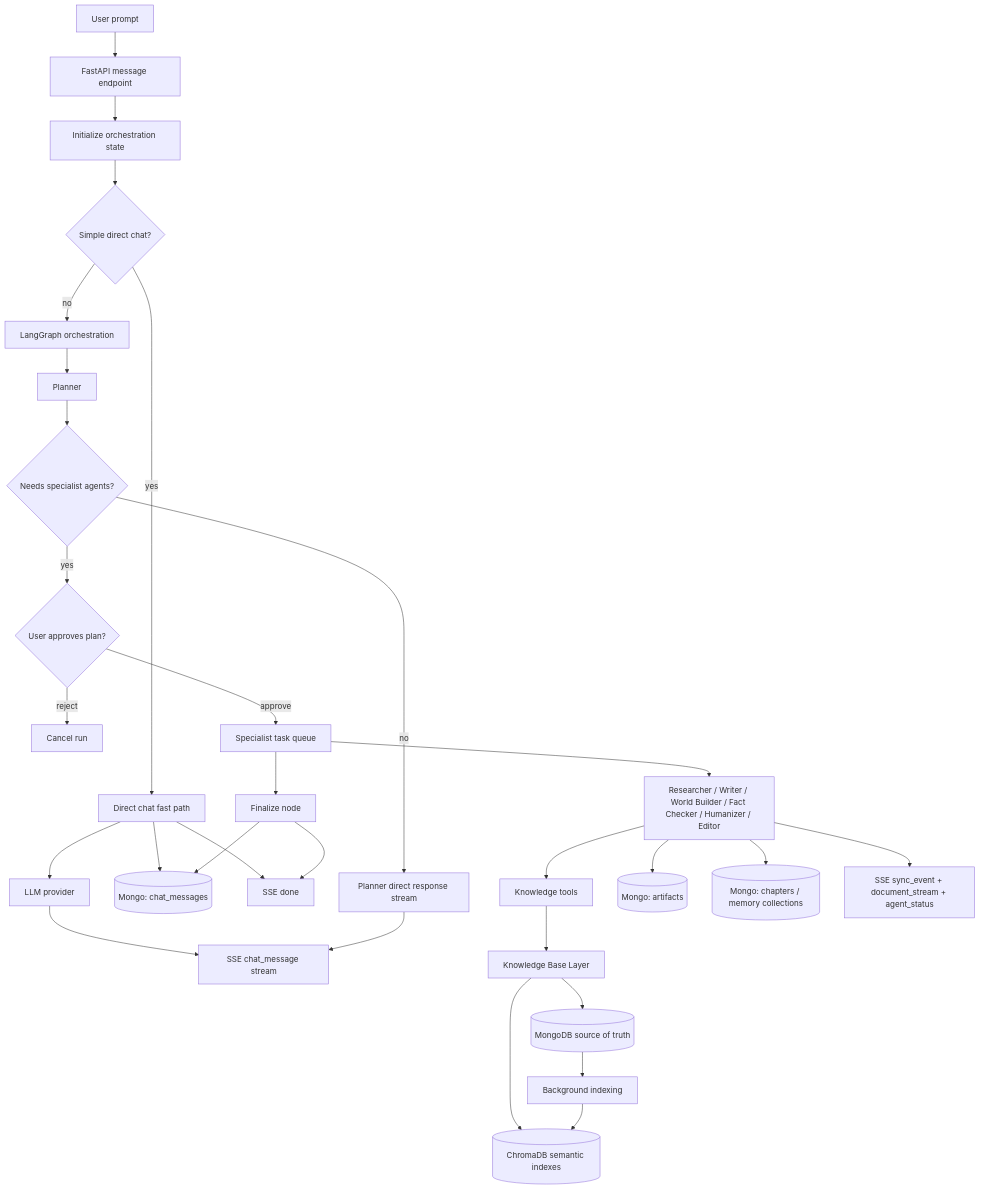
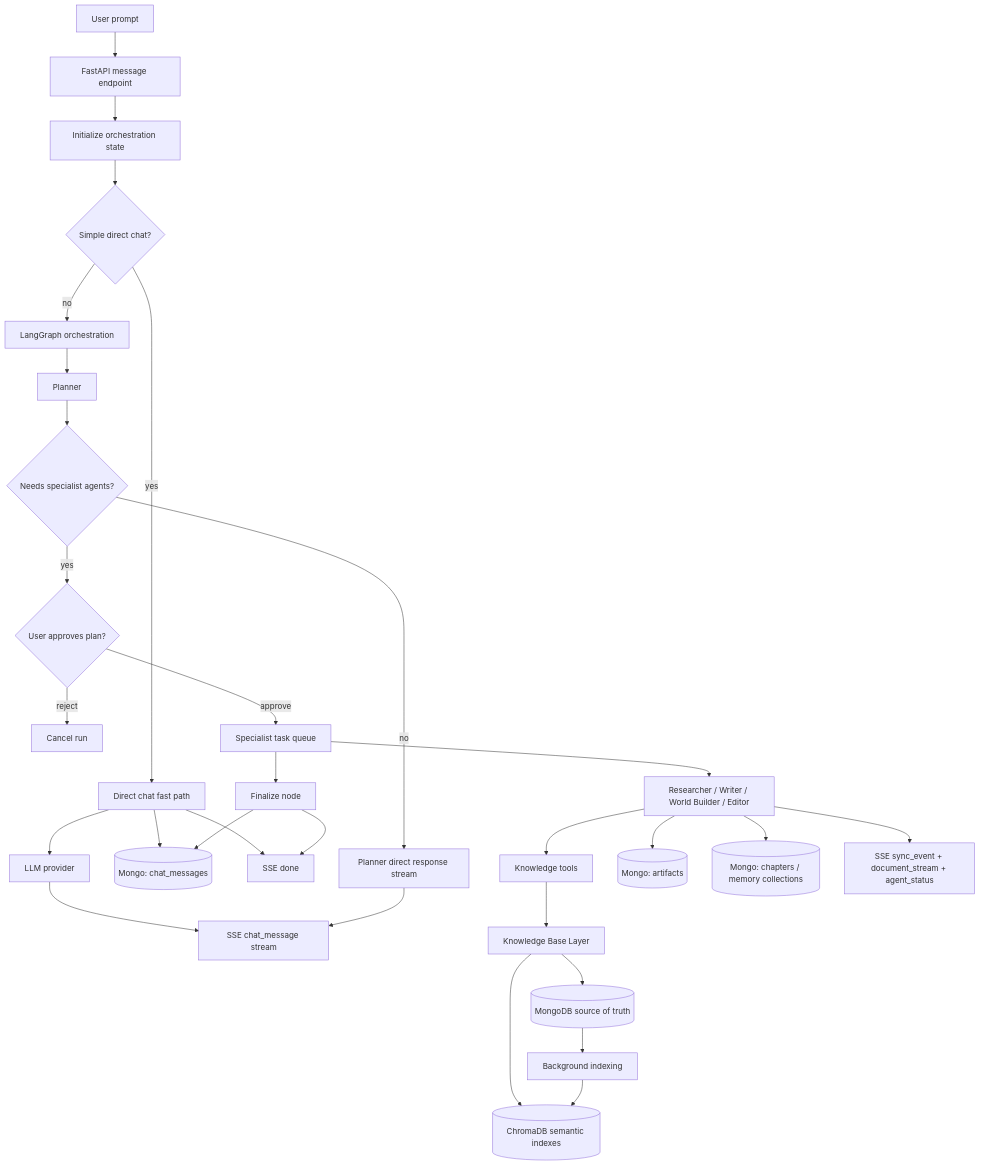
Before and after one commit to vermaashish20/bookish: the first of 4 diagrams in AGENT.md, drawn with Mermaid. The commit also changed other lines of this file and 51 other files, not shown here.

````diff
--- a/AGENT.md
+++ b/AGENT.md
@@ -40,38 +40,38 @@
 ```mermaid
 flowchart TD
   U[User prompt] --> API[FastAPI message endpoint]
   API --> STATE[Initialize orchestration state]
   STATE --> ROUTE{Simple direct chat?}
 
   ROUTE -->|yes| DIRECT[Direct chat fast path]
   DIRECT --> LLM[LLM provider]
   LLM --> SSECHAT[SSE chat_message stream]
   DIRECT --> CM[(Mongo: chat_messages)]
   DIRECT --> DONE[SSE done]
 
   ROUTE -->|no| GRAPH[LangGraph orchestration]
   GRAPH --> PLANNER[Planner]
   PLANNER --> PLAN{Needs specialist agents?}
 
   PLAN -->|no| DIRECT2[Planner direct response stream]
   DIRECT2 --> SSECHAT
 
   PLAN -->|yes| HITL_PLAN{User approves plan?}
   HITL_PLAN -->|reject| CANCEL[Cancel run]
   HITL_PLAN -->|approve| TASKS[Specialist task queue]
 
-  TASKS --> AGENT[Researcher / Writer / World Builder / Fact Checker / Humanizer / Editor]
+  TASKS --> AGENT[Researcher / Writer / World Builder / Editor]
   AGENT --> TOOLS[Knowledge tools]
   TOOLS --> KB[Knowledge Base Layer]
   KB --> MONGO[(MongoDB source of truth)]
   KB --> CHROMA[(ChromaDB semantic indexes)]
   MONGO --> INDEX[Background indexing]
   INDEX --> CHROMA
 
   AGENT --> ART[(Mongo: artifacts)]
   AGENT --> CH[(Mongo: chapters / memory collections)]
   AGENT --> SSE[SSE sync_event + document_stream + agent_status]
   TASKS --> FINAL[Finalize node]
   FINAL --> CM
   FINAL --> DONE
 ```
````
